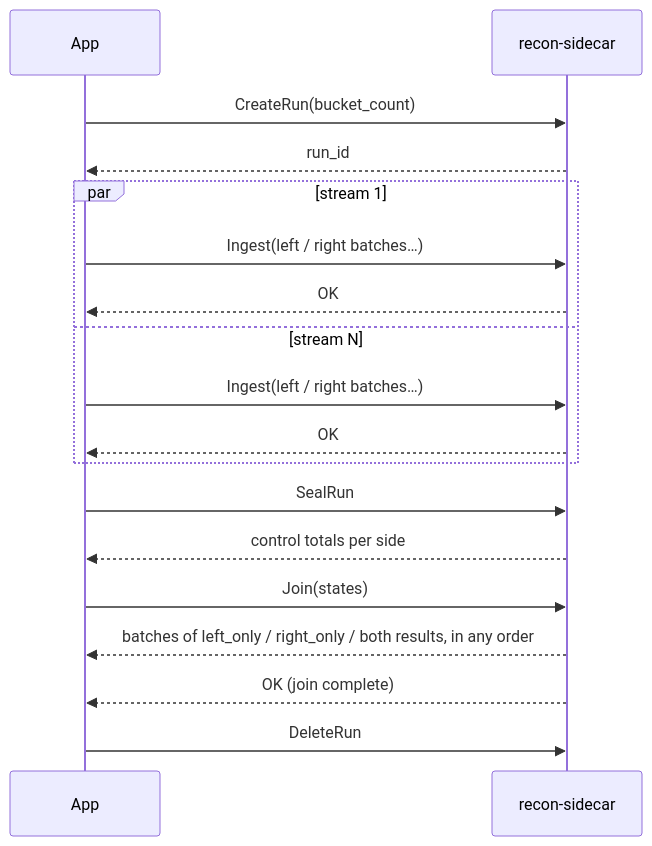
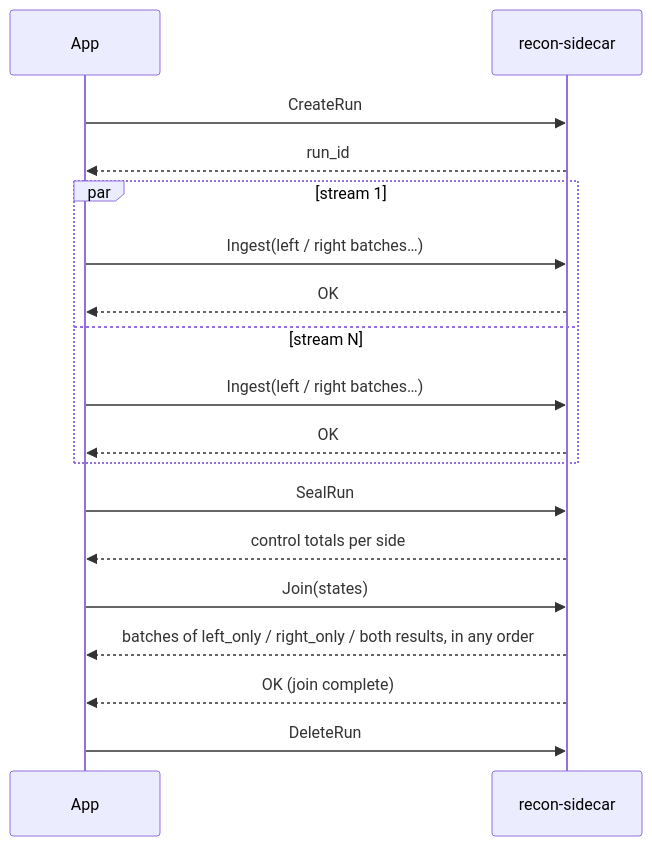
Before and after one commit to Zaba505/reconciliar-sidecar-poc: the second of 3 diagrams in PROPOSAL.md, drawn with Mermaid. The commit also changed other lines of this file, not shown here.

````diff
--- a/PROPOSAL.md
+++ b/PROPOSAL.md
@@ -104,20 +105,20 @@
 ```mermaid
 sequenceDiagram
   participant App
   participant S as recon-sidecar
-  App->>S: CreateRun(bucket_count)
+  App->>S: CreateRun
   S-->>App: run_id
   par stream 1
     App->>S: Ingest(left / right batches…)
     S-->>App: OK
   and stream N
     App->>S: Ingest(left / right batches…)
     S-->>App: OK
   end
   App->>S: SealRun
   S-->>App: control totals per side
   App->>S: Join(states)
   S-->>App: batches of left_only / right_only / both results, in any order
   S-->>App: OK (join complete)
   App->>S: DeleteRun
 ```
````
